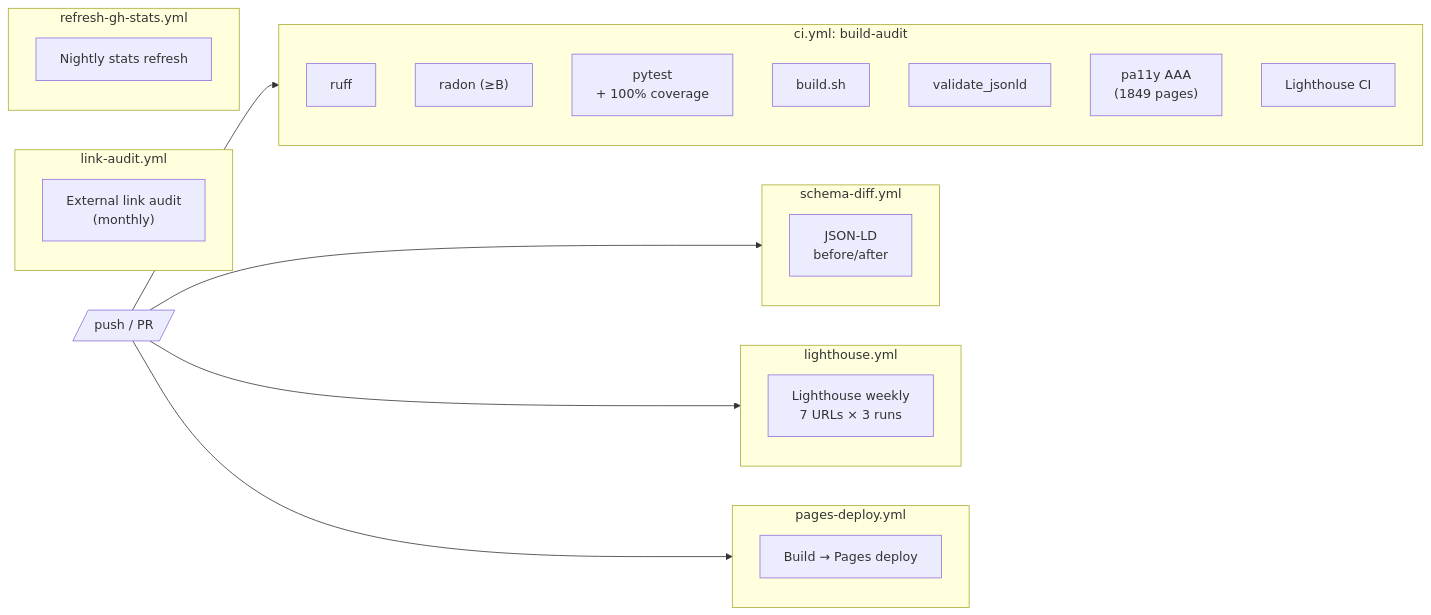
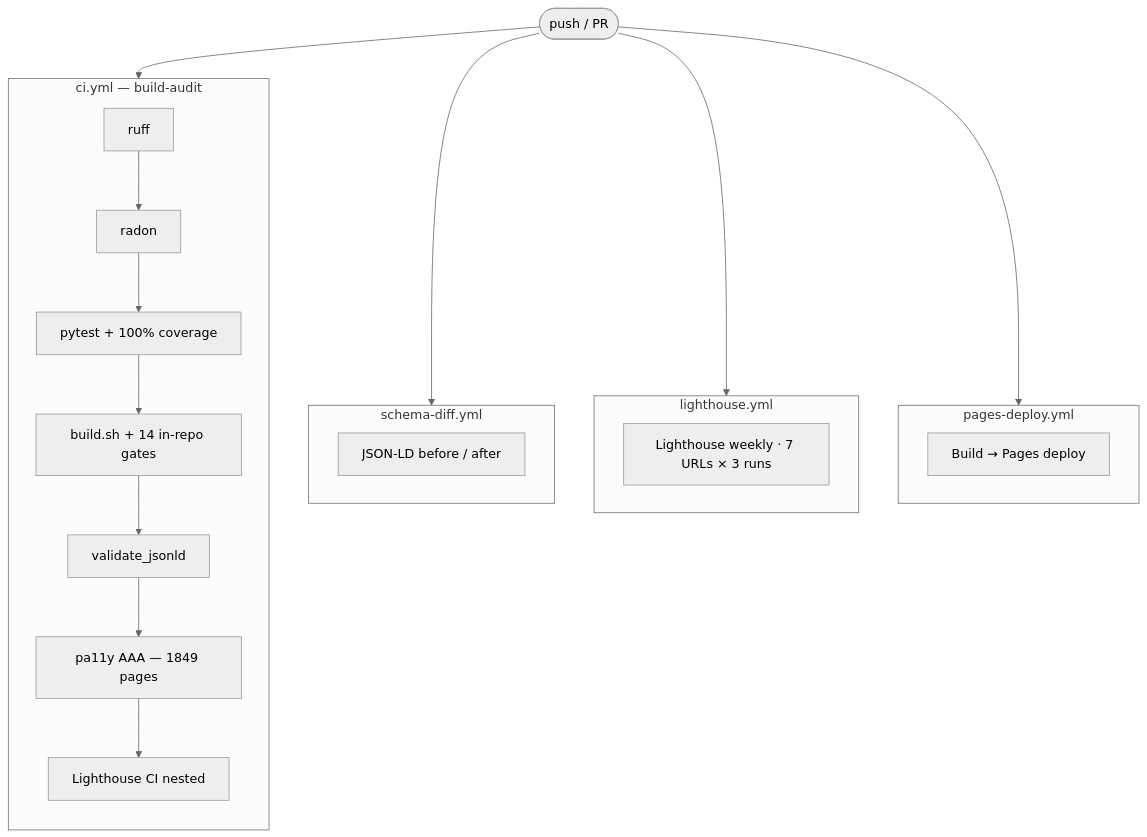
One commit to sebastienrousseau/sebastienrousseau.github.io changed the sixth of 6 diagrams in README.md. Above: the diagram before and after it, drawn with Mermaid. The commit also changed other lines of this file and 6 other files, not shown here.

First line of the commit message:
docs: clean Mermaid diagrams — neutral theme, no emoji, restructured long flows

````diff
--- a/README.md
+++ b/README.md
@@ -597,32 +612,27 @@
 ```mermaid
-flowchart LR
-    subgraph CI["ci.yml: build-audit"]
-        L1["ruff"]
-        L2["radon (≥B)"]
-        L3["pytest<br/>+ 100% coverage"]
-        L4["build.sh"]
-        L5["validate_jsonld"]
-        L6["pa11y AAA<br/>(1849 pages)"]
-        L7["Lighthouse CI"]
+%%{init: {'theme':'neutral'} }%%
+flowchart TB
+    PUSH(["push / PR"])
+    PUSH --> CI
+    PUSH --> SD
+    PUSH --> LH
+    PUSH --> PD
+
+    subgraph CI["ci.yml — build-audit"]
+        direction TB
+        L1["ruff"] --> L2["radon"] --> L3["pytest + 100% coverage"]
+        L3 --> L4["build.sh + 14 in-repo gates"]
+        L4 --> L5["validate_jsonld"]
+        L5 --> L6["pa11y AAA — 1849 pages"]
+        L6 --> L7["Lighthouse CI nested"]
     end
     subgraph SD["schema-diff.yml"]
-        S1["JSON-LD<br/>before/after"]
+        S1["JSON-LD before / after"]
     end
     subgraph LH["lighthouse.yml"]
-        L8["Lighthouse weekly<br/>7 URLs × 3 runs"]
-    end
-    subgraph LA["link-audit.yml"]
-        L9["External link audit<br/>(monthly)"]
+        L8["Lighthouse weekly · 7 URLs × 3 runs"]
     end
     subgraph PD["pages-deploy.yml"]
         L10["Build → Pages deploy"]
     end
-    subgraph RS["refresh-gh-stats.yml"]
-        L11["Nightly stats refresh"]
-    end
-
-    PUSH[/"push / PR"/] --> CI
-    PUSH --> SD
-    PUSH --> LH
-    PUSH --> PD
 ```
````
